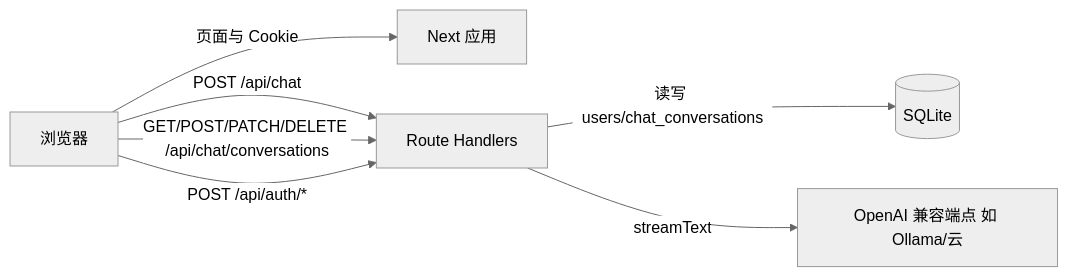
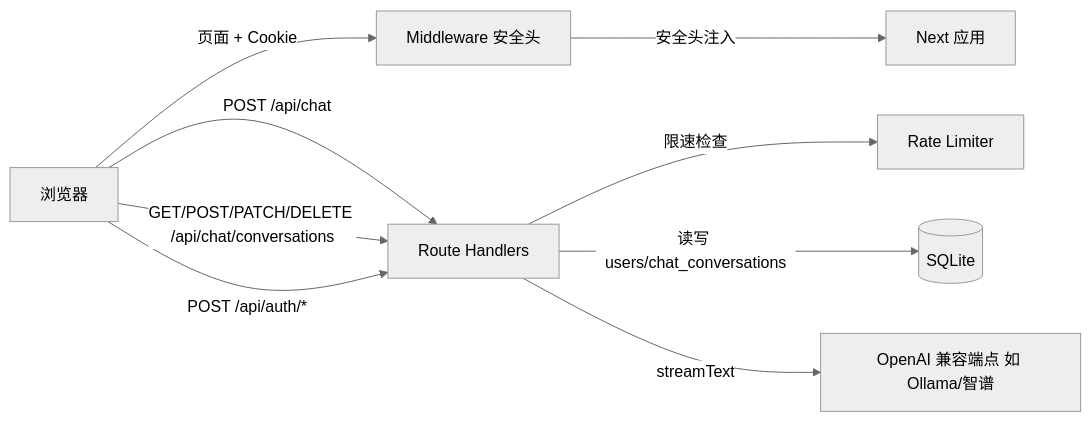
One commit to ycvenopyer/iTip changed the diagram in docs/ARCHITECTURE.md. Above: the diagram before and after it, drawn with Mermaid (neutral theme). The commit also changed other lines of this file and 28 other files, not shown here.

````diff
--- a/docs/ARCHITECTURE.md
+++ b/docs/ARCHITECTURE.md
@@ -12,15 +12,19 @@
 ```mermaid
 flowchart LR
   Browser[浏览器]
+  MW[Middleware 安全头]
   Next[Next 应用]
   API[Route Handlers]
+  RL[Rate Limiter]
   DB[(SQLite)]
-  LLM[OpenAI 兼容端点 如 Ollama/云]
+  LLM[OpenAI 兼容端点 如 Ollama/智谱]
 
-  Browser -->|页面与 Cookie| Next
+  Browser -->|页面 + Cookie| MW
+  MW -->|安全头注入| Next
   Browser -->|POST /api/chat| API
   Browser -->|GET/POST/PATCH/DELETE /api/chat/conversations| API
   Browser -->|POST /api/auth/*| API
+  API -->|限速检查| RL
   API -->|读写 users/chat_conversations| DB
   API -->|streamText| LLM
 ```
````
